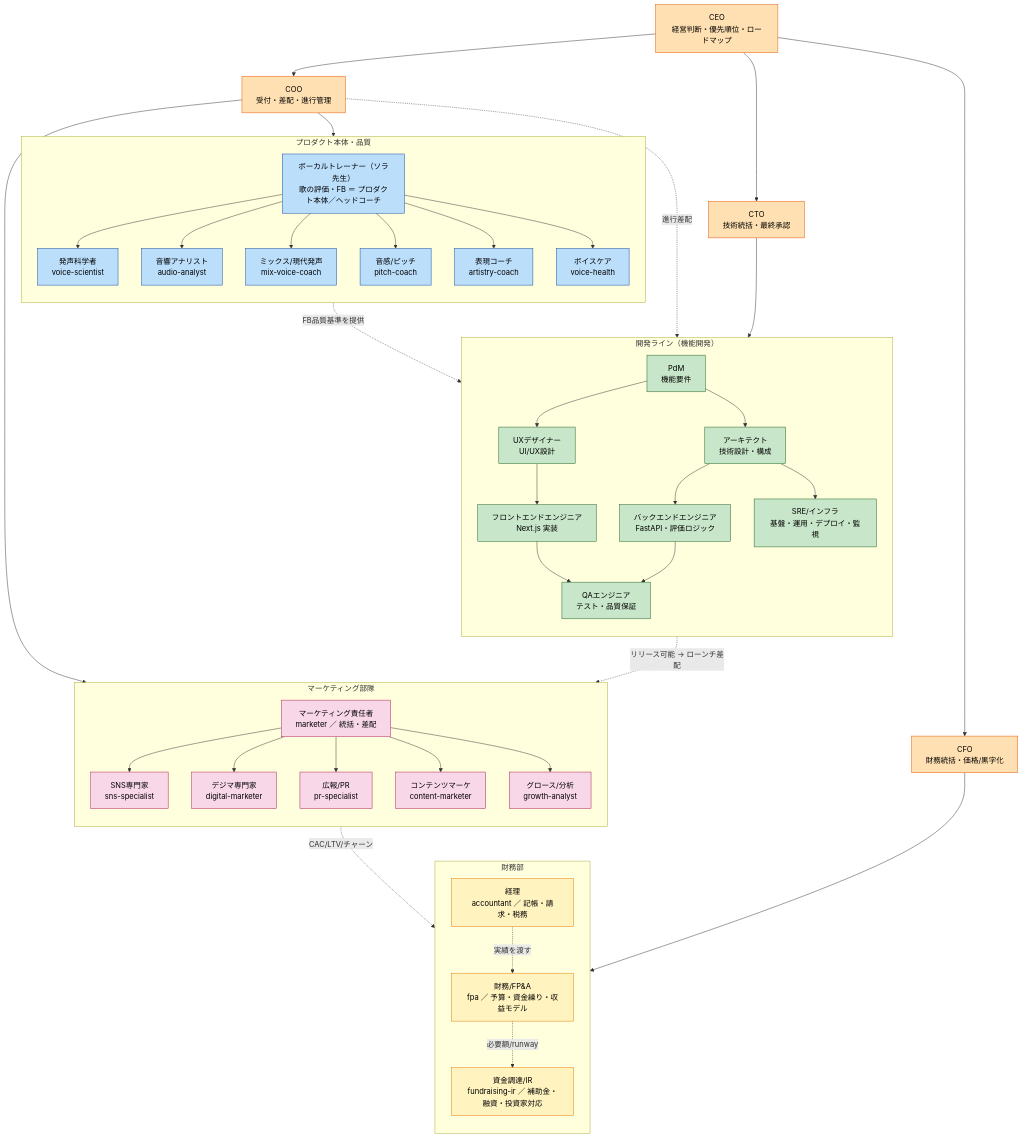
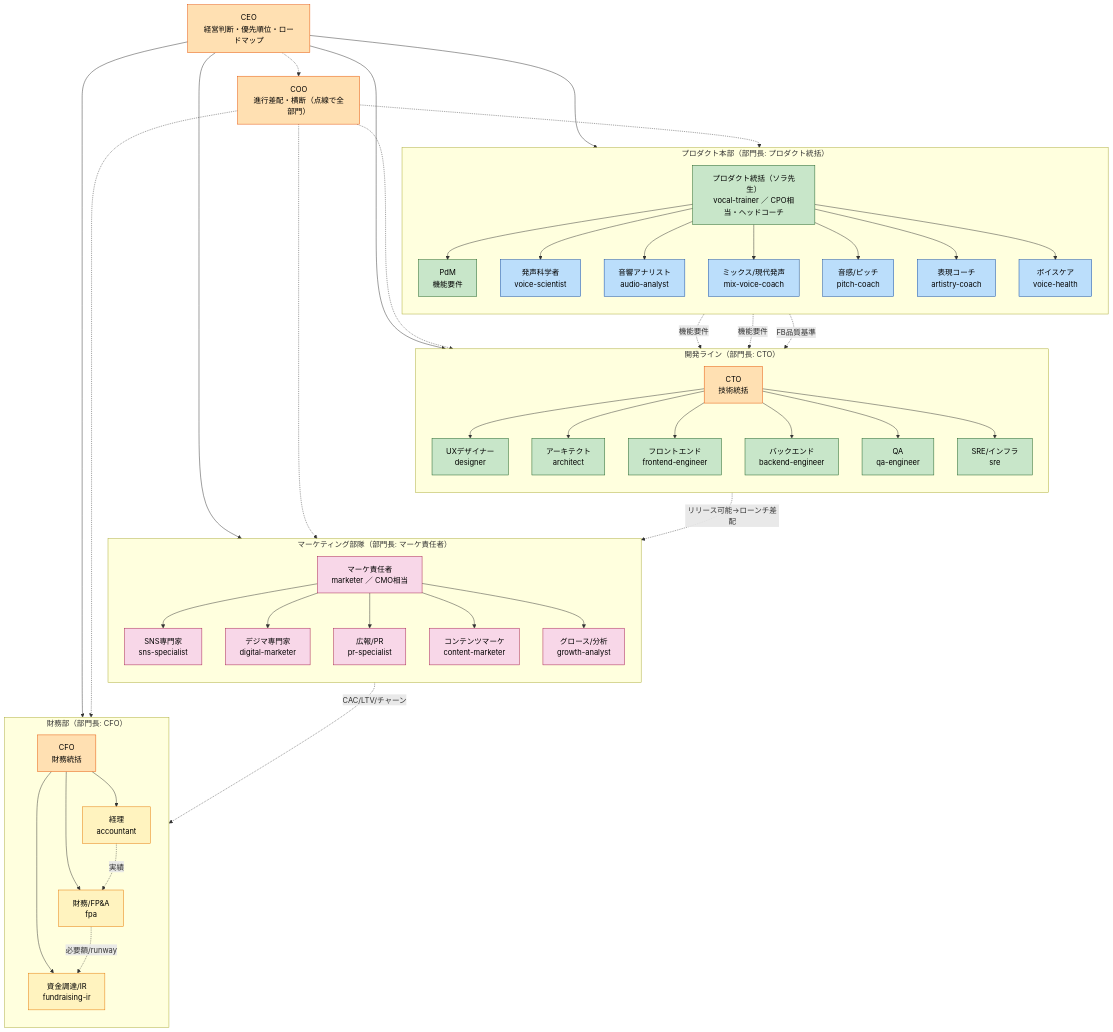
One commit to maru0814/vocalcoach changed the first of 2 diagrams in docs/42_組織図_現状.md. Above: the diagram before and after it, drawn with Mermaid. The commit also changed other lines of this file and 5 other files, not shown here.

````diff
--- a/docs/42_組織図_現状.md
+++ b/docs/42_組織図_現状.md
@@ -20,75 +22,79 @@
 ```mermaid
 graph TD
     CEO["CEO<br/>経営判断・優先順位・ロードマップ"]
-    COO["COO<br/>受付・差配・進行管理"]
-    CTO["CTO<br/>技術統括・最終承認"]
-    CFO["CFO<br/>財務統括・価格/黒字化"]
-    CEO --> COO
+    COO["COO<br/>進行差配・横断（点線で全部門）"]
+
+    %% 部門長は CEO 直属（実線）
     CEO --> CTO
+    CEO --> PHEAD
+    CEO --> MKT
     CEO --> CFO
+    CEO -.-> COO
 
-    %% ── 部門に接続 ──
-    CTO --> PDM
-    COO -. 進行差配 .-> PDM
-    COO --> VT
-    COO --> MKT
-    CFO --> ACC
+    %% COO は全部門へ点線（横断の進行差配）
+    COO -.-> CTO
+    COO -.-> PHEAD
+    COO -.-> MKT
+    COO -.-> CFO
 
-    subgraph DEV["開発ライン（機能開発）"]
+    subgraph DEV["開発ライン（部門長: CTO）"]
       direction TB
-      PDM["PdM<br/>機能要件"]
-      PDM --> DES["UXデザイナー<br/>UI/UX設計"]
-      PDM --> ARC["アーキテクト<br/>技術設計・構成"]
-      DES --> FE["フロントエンドエンジニア<br/>Next.js 実装"]
-      ARC --> BE["バックエンドエンジニア<br/>FastAPI・評価ロジック"]
-      FE --> QA["QAエンジニア<br/>テスト・品質保証"]
-      BE --> QA
-      ARC --> SRE["SRE/インフラ<br/>基盤・運用・デプロイ・監視"]
+      CTO["CTO<br/>技術統括"]
+      CTO --> DES["UXデザイナー<br/>designer"]
+      CTO --> ARC["アーキテクト<br/>architect"]
+      CTO --> FE["フロントエンド<br/>frontend-engineer"]
+      CTO --> BE["バックエンド<br/>backend-engineer"]
+      CTO --> QA["QA<br/>qa-engineer"]
+      CTO --> SRE["SRE/インフラ<br/>sre"]
     end
 
-    subgraph PROD["プロダクト本体・品質"]
+    subgraph PROD["プロダクト本部（部門長: プロダクト統括）"]
       direction TB
-      VT["ボーカルトレーナー（ソラ先生）<br/>歌の評価・FB ＝ プロダクト本体／ヘッドコーチ"]
-      VT --> VSCI["発声科学者<br/>voice-scientist"]
-      VT --> AUD["音響アナリスト<br/>audio-analyst"]
-      VT --> MIX["ミックス/現代発声<br/>mix-voice-coach"]
-      VT --> PIT["音感/ピッチ<br/>pitch-coach"]
-      VT --> ART["表現コーチ<br/>artistry-coach"]
-      VT --> VH["ボイスケア<br/>voice-health"]
+      PHEAD["プロダクト統括（ソラ先生）<br/>vocal-trainer ／ CPO相当・ヘッドコーチ"]
+      PHEAD --> PDM["PdM<br/>機能要件"]
+      PHEAD --> VSCI["発声科学者<br/>voice-scientist"]
+      PHEAD --> AUD["音響アナリスト<br/>audio-analyst"]
+      PHEAD --> MIX["ミックス/現代発声<br/>mix-voice-coach"]
+      PHEAD --> PIT["音感/ピッチ<br/>pitch-coach"]
+      PHEAD --> ART["表現コーチ<br/>artistry-coach"]
+      PHEAD --> VH["ボイスケア<br/>voice-health"]
     end
 
-    subgraph MKTG["マーケティング部隊"]
+    subgraph MKTG["マーケティング部隊（部門長: マーケ責任者）"]
       direction TB
-      MKT["マーケティング責任者<br/>marketer ／ 統括・差配"]
+      MKT["マーケ責任者<br/>marketer ／ CMO相当"]
       MKT --> SNS["SNS専門家<br/>sns-specialist"]
       MKT --> DM["デジマ専門家<br/>digital-marketer"]
       MKT --> PR["広報/PR<br/>pr-specialist"]
       MKT --> CM["コンテンツマーケ<br/>content-marketer"]
       MKT --> GA["グロース/分析<br/>growth-analyst"]
     end
 
-    subgraph FIN["財務部"]
+    subgraph FIN["財務部（部門長: CFO）"]
       direction TB
-      ACC["経理<br/>accountant ／ 記帳・請求・税務"]
-      FPA["財務/FP&A<br/>fpa ／ 予算・資金繰り・収益モデル"]
-      IR["資金調達/IR<br/>fundraising-ir ／ 補助金・融資・投資家対応"]
-      ACC -. 実績を渡す .-> FPA
-      FPA -. 必要額/runway .-> IR
+      CFO["CFO<br/>財務統括"]
+      CFO --> ACC["経理<br/>accountant"]
+      CFO --> FPA["財務/FP&A<br/>fpa"]
+      CFO --> IR["資金調達/IR<br/>fundraising-ir"]
     end
 
-    %% 横連携（上下関係ではない）
-    VT -. "FB品質基準を提供" .-> BE
-    QA -. "リリース可能 → ローンチ差配" .-> MKT
-    GA -. "CAC/LTV/チャーン" .-> FPA
+    %% 部門をまたぐ連携（点線）
+    PDM -. 機能要件 .-> DES
+    PDM -. 機能要件 .-> ARC
+    PHEAD -. FB品質基準 .-> BE
+    QA -. リリース可能→ローンチ差配 .-> MKT
+    GA -. CAC/LTV/チャーン .-> FPA
+    ACC -. 実績 .-> FPA
+    FPA -. 必要額/runway .-> IR
 
     classDef exec fill:#ffe0b2,stroke:#e65100,color:#000;
     classDef product fill:#c8e6c9,stroke:#1b5e20,color:#000;
     classDef coach fill:#bbdefb,stroke:#0d47a1,color:#000;
     classDef mkt fill:#f8d7e8,stroke:#a61e4d,color:#000;
     classDef fin fill:#fff3bf,stroke:#e67700,color:#000;
     class CEO,COO,CTO,CFO exec;
-    class PDM,DES,ARC,FE,BE,QA,SRE product;
-    class VT,VSCI,AUD,MIX,PIT,ART,VH coach;
+    class PHEAD,PDM,DES,ARC,FE,BE,QA,SRE product;
+    class VSCI,AUD,MIX,PIT,ART,VH coach;
     class MKT,SNS,DM,PR,CM,GA mkt;
     class ACC,FPA,IR fin;
 ```
````
